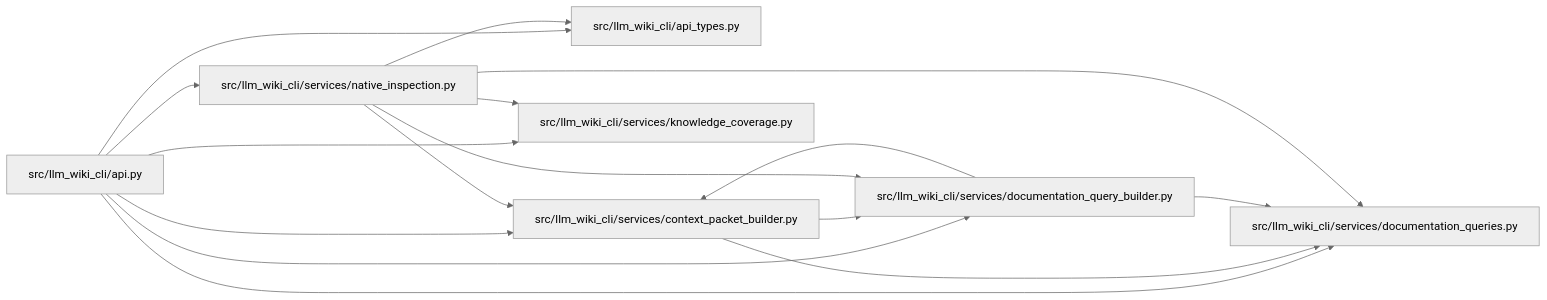
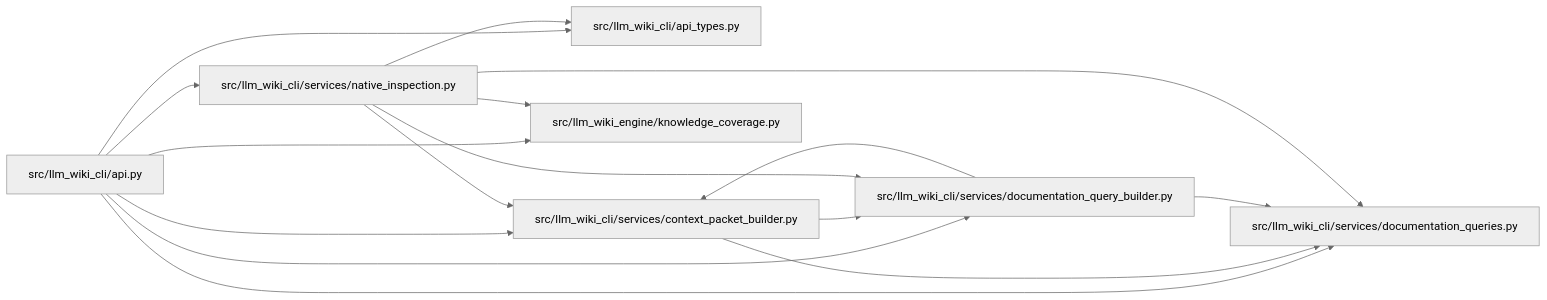
The diagram in docs/llm_wiki/modules/native_inspection.md (Denissvgn/python-wiki-llm), drawn with Mermaid (neutral theme) before and after one commit. The commit also changed other lines of this file and 1058 other files, not shown here.

First line of the commit message:
docs: refresh the wiki for the knowledge store move

````diff
--- a/docs/llm_wiki/modules/native_inspection.md
+++ b/docs/llm_wiki/modules/native_inspection.md
@@ -25,32 +25,32 @@
 ```mermaid
 flowchart LR
     n0["src/llm_wiki_cli/api.py"]
     n1["src/llm_wiki_cli/api_types.py"]
     n2["src/llm_wiki_cli/services/context_packet_builder.py"]
     n3["src/llm_wiki_cli/services/documentation_queries.py"]
     n4["src/llm_wiki_cli/services/documentation_query_builder.py"]
-    n5["src/llm_wiki_cli/services/knowledge_coverage.py"]
-    n6["src/llm_wiki_cli/services/native_inspection.py"]
+    n5["src/llm_wiki_cli/services/native_inspection.py"]
+    n6["src/llm_wiki_engine/knowledge_coverage.py"]
     n0 --> n1
     n0 --> n2
     n0 --> n3
     n0 --> n4
     n0 --> n5
     n0 --> n6
     n2 --> n3
     n2 --> n4
     n4 --> n2
     n4 --> n3
-    n6 --> n1
-    n6 --> n2
-    n6 --> n3
-    n6 --> n4
-    n6 --> n5
+    n5 --> n1
+    n5 --> n2
+    n5 --> n3
+    n5 --> n4
+    n5 --> n6
     click n0 "../modules/api.md"
     click n1 "../modules/api_types.md"
     click n2 "../modules/context_packet_builder.md"
     click n3 "../modules/documentation_queries.md"
     click n4 "../modules/documentation_query_builder.md"
-    click n5 "../modules/knowledge_coverage.md"
-    click n6 "../modules/native_inspection.md"
+    click n5 "../modules/native_inspection.md"
+    click n6 "../modules/knowledge_coverage.md"
 ```
````
